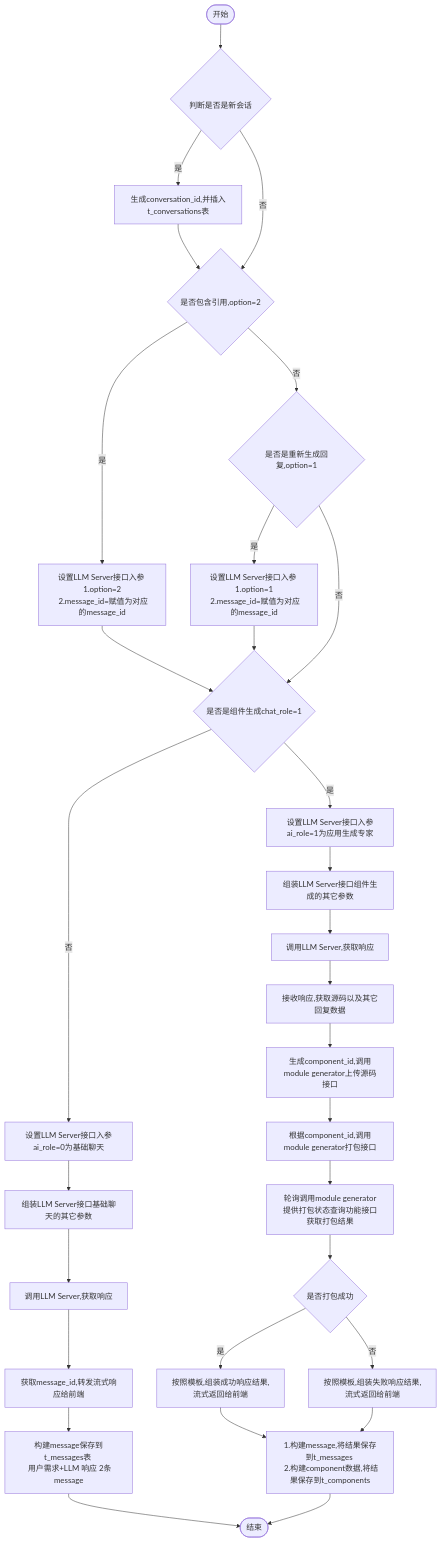
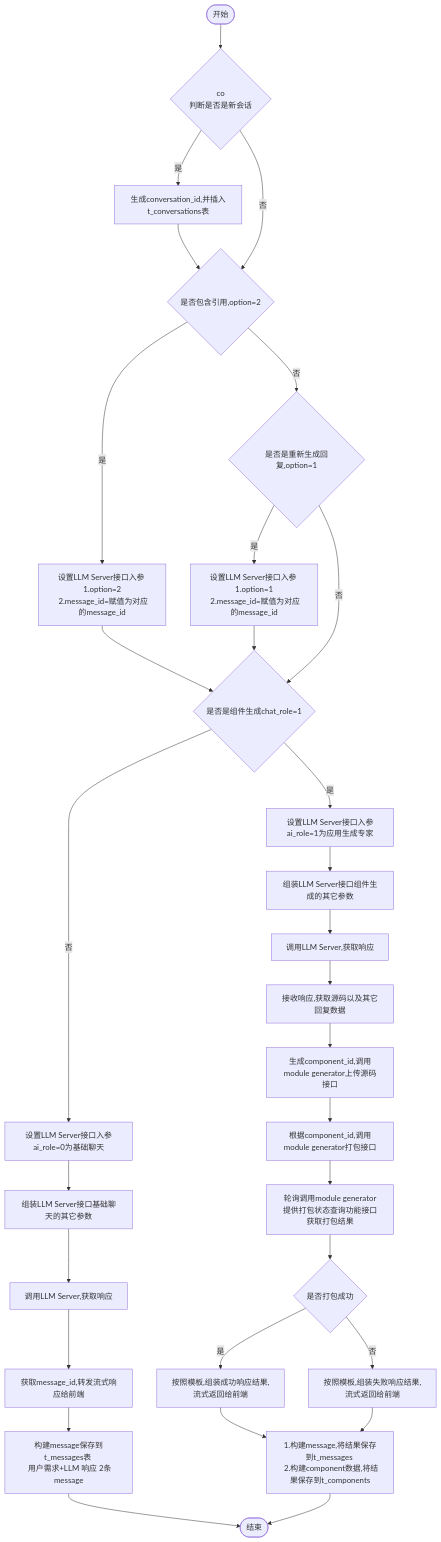
Before and after one commit to yingjianzh/iodraw-files: the diagram in all/w3-会话-不需要传递message.md, drawn with Mermaid.

Commit message:
2024-10-15 14:11:46 update

````diff
--- a/all/w3-会话-不需要传递message.md
+++ b/all/w3-会话-不需要传递message.md
@@ -1,36 +1,36 @@
 ```mermaid
 flowchart TD
-    A([开始]) --> B{ \n 判断是否是新会话}
+    A([开始]) --> B{co \n 判断是否是新会话}
     B -- 是 --> C[生成conversation_id,并插入t_conversations表]
     C --> D
     B -- 否 --> D{是否包含引用,option=2}
     D -- 是 --> E[设置LLM Server接口入参 \n 1.option=2 \n 2.message_id=赋值为对应的message_id]
     D -- 否 --> F{是否是重新生成回复,option=1}
     F -- 是 --> G[设置LLM Server接口入参 \n 1.option=1 \n 2.message_id=赋值为对应的message_id]
     F -- 否 --> I
      
     E & G --> I{是否是组件生成chat_role=1}
     I -- 否 --> K[设置LLM Server接口入参ai_role=0为基础聊天]
     I -- 是 --> J[设置LLM Server接口入参ai_role=1为应用生成专家]
     
 
     J --> L[组装LLM Server接口组件生成的其它参数]    
     K --> M[组装LLM Server接口基础聊天的其它参数]    
     M --> N[调用LLM Server,获取响应]    
     N --> O[获取message_id,转发流式响应给前端]
     O --> P[构建message保存到t_messages表 \n 用户需求+LLM 响应 2条message]
     P --> R([结束])
 
 
     L --> S[调用LLM Server,获取响应]
     S --> T[接收响应,获取源码以及其它回复数据]
     T --> U[生成component_id,调用module generator上传源码接口]
     U --> V[根据component_id,调用module generator打包接口]
     V --> W[轮询调用module generator提供打包状态查询功能接口获取打包结果]
     W --> X{是否打包成功}
     X -- 是 --> Y[按照模板,组装成功响应结果,流式返回给前端]
     X -- 否 --> Z[按照模板,组装失败响应结果,流式返回给前端]
 
     Y & Z --> Result[1.构建message,将结果保存到t_messages \n 2.构建component数据,将结果保存到t_components]
     Result --> R
 ```
````
